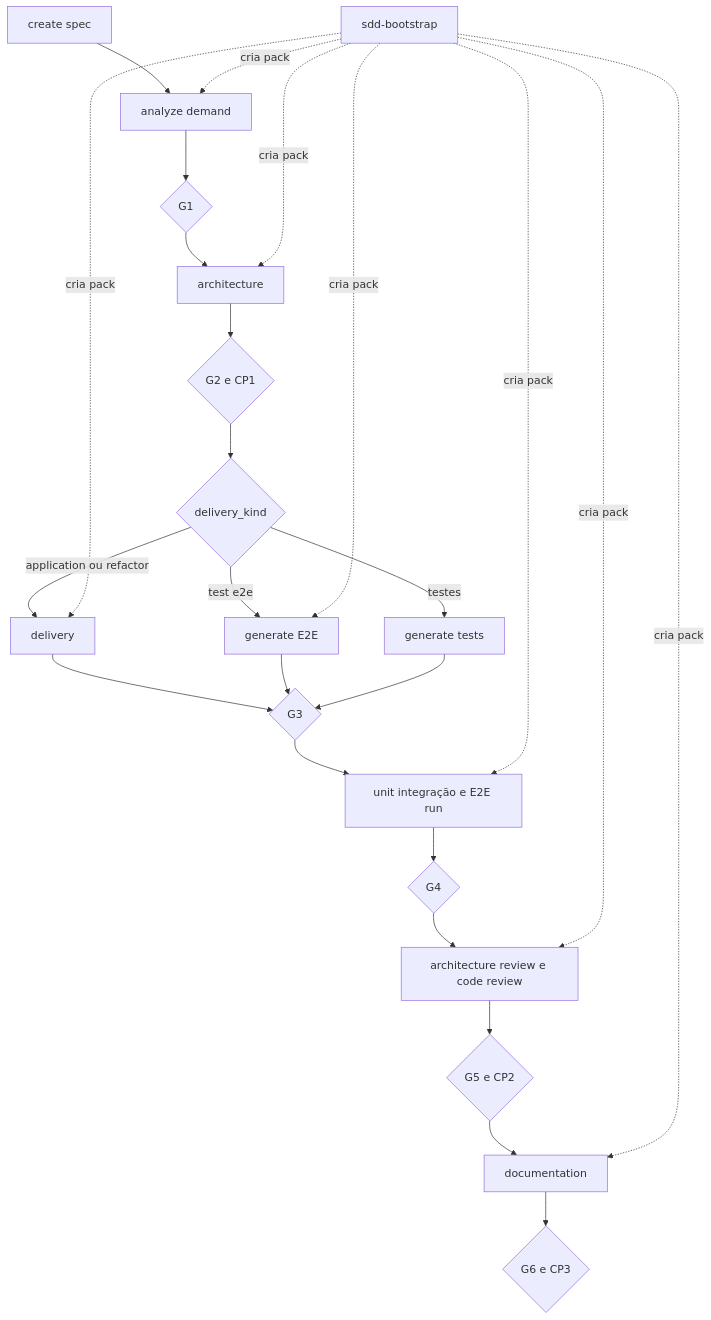
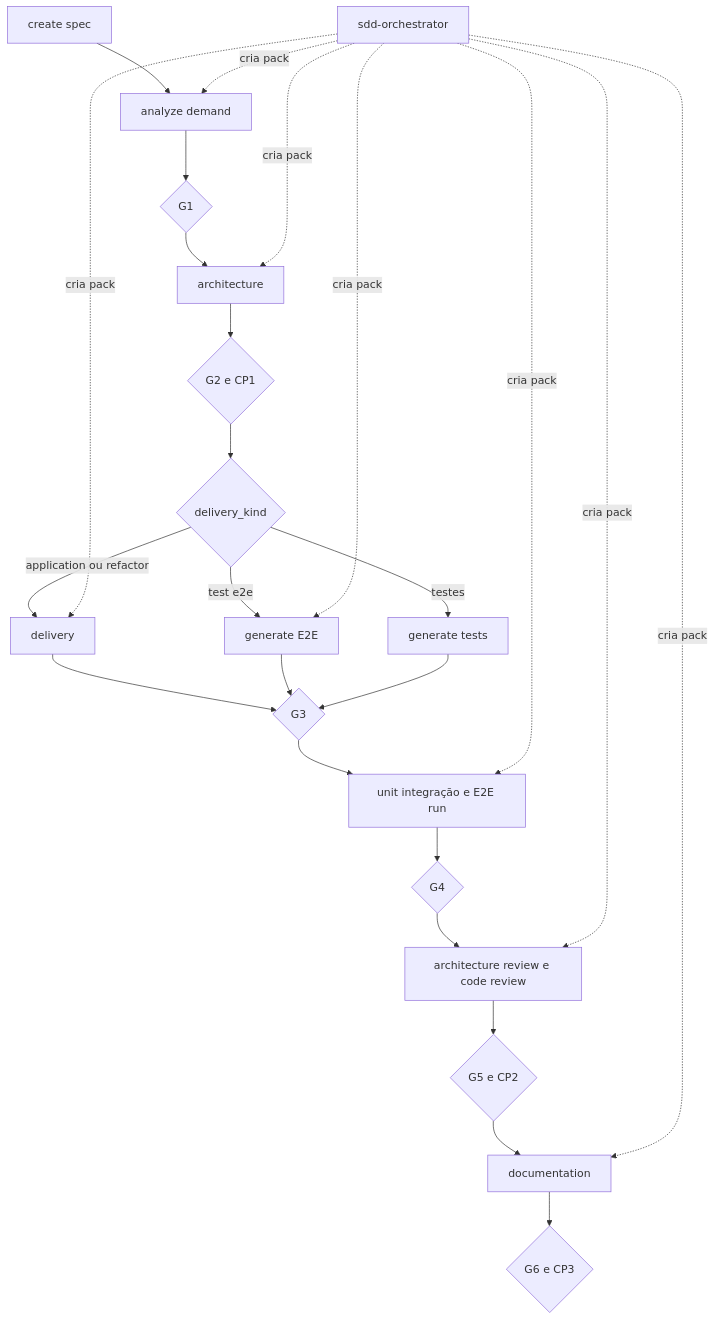
One commit to fellipemauriciosilva/sdd-toolkit changed the second of 4 diagrams in docs/PIPELINE.md. Above: the diagram before and after it, drawn with Mermaid. The commit also changed other lines of this file and 169 other files, not shown here.

````diff
--- a/docs/PIPELINE.md
+++ b/docs/PIPELINE.md
@@ -22,28 +22,28 @@
 ```mermaid
 flowchart TB
     S[create spec] --> A[analyze demand]
     A --> G1{G1}
     G1 --> AR[architecture]
     AR --> G2{G2 e CP1}
     G2 --> K{delivery_kind}
     K -->|application ou refactor| I[delivery]
     K -->|test e2e| E[generate E2E]
     K -->|testes| T0[generate tests]
     I --> G3{G3}
     E --> G3
     T0 --> G3
     G3 --> T[unit integração e E2E run]
     T --> G4{G4}
     G4 --> R[architecture review e code review]
     R --> G5{G5 e CP2}
     G5 --> D[documentation]
     D --> G6{G6 e CP3}
 
-    B[sdd-bootstrap] -. cria pack .-> A
+    B[sdd-orchestrator] -. cria pack .-> A
     B -. cria pack .-> AR
     B -. cria pack .-> I
     B -. cria pack .-> E
     B -. cria pack .-> T
     B -. cria pack .-> R
     B -. cria pack .-> D
 ```
````
